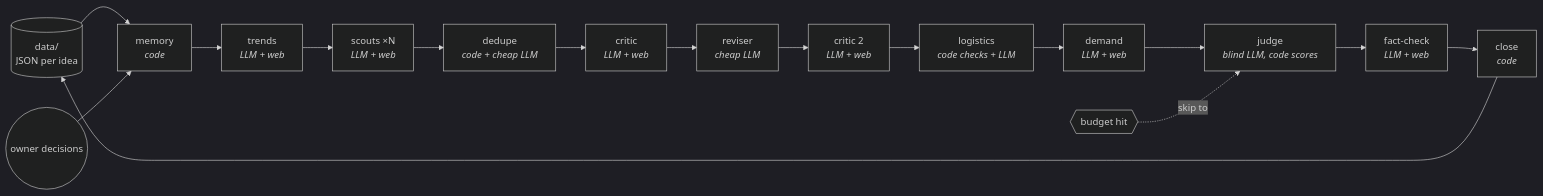
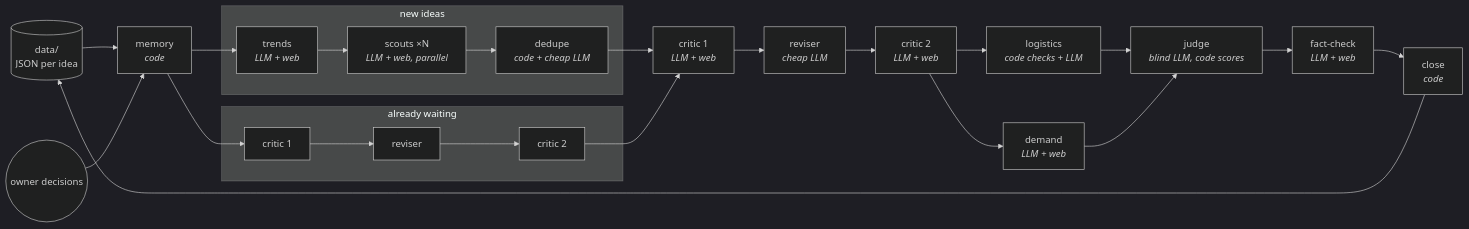
The diagram in README.md (amosmike/fishtank), drawn with Mermaid (dark theme) before and after one commit. The commit also changed other lines of this file and 9 other files, not shown here.

````diff
--- a/README.md
+++ b/README.md
@@ -47,11 +47,21 @@
 ```mermaid
 flowchart LR
     D[(data/<br/>JSON per idea)] --> M[memory<br/><i>code</i>]
-    M --> T[trends<br/><i>LLM + web</i>] --> S[scouts ×N<br/><i>LLM + web</i>] --> DD[dedupe<br/><i>code + cheap LLM</i>]
-    DD --> C1[critic<br/><i>LLM + web</i>] --> R[reviser<br/><i>cheap LLM</i>] --> C2[critic 2<br/><i>LLM + web</i>]
-    C2 --> L[logistics<br/><i>code checks + LLM</i>] --> DH[demand<br/><i>LLM + web</i>]
-    DH --> J[judge<br/><i>blind LLM, code scores</i>] --> F[fact-check<br/><i>LLM + web</i>] --> CL[close<br/><i>code</i>]
-    CL --> D
     H((owner decisions)) --> M
-    B{{budget hit}} -. skip to .-> J
+    subgraph scouting [new ideas]
+      T[trends<br/><i>LLM + web</i>] --> S[scouts ×N<br/><i>LLM + web, parallel</i>] --> DD[dedupe<br/><i>code + cheap LLM</i>]
+    end
+    subgraph waiting [already waiting]
+      QC1[critic 1] --> QR[reviser] --> QC2[critic 2]
+    end
+    M --> T
+    M --> QC1
+    DD --> C1[critic 1<br/><i>LLM + web</i>]
+    QC2 --> C1
+    C1 --> R[reviser<br/><i>cheap LLM</i>] --> C2[critic 2<br/><i>LLM + web</i>]
+    C2 --> L[logistics<br/><i>code checks + LLM</i>]
+    C2 --> DH[demand<br/><i>LLM + web</i>]
+    L --> J[judge<br/><i>blind LLM, code scores</i>]
+    DH --> J
+    J --> F[fact-check<br/><i>LLM + web</i>] --> CL[close<br/><i>code</i>] --> D
 ```
````
